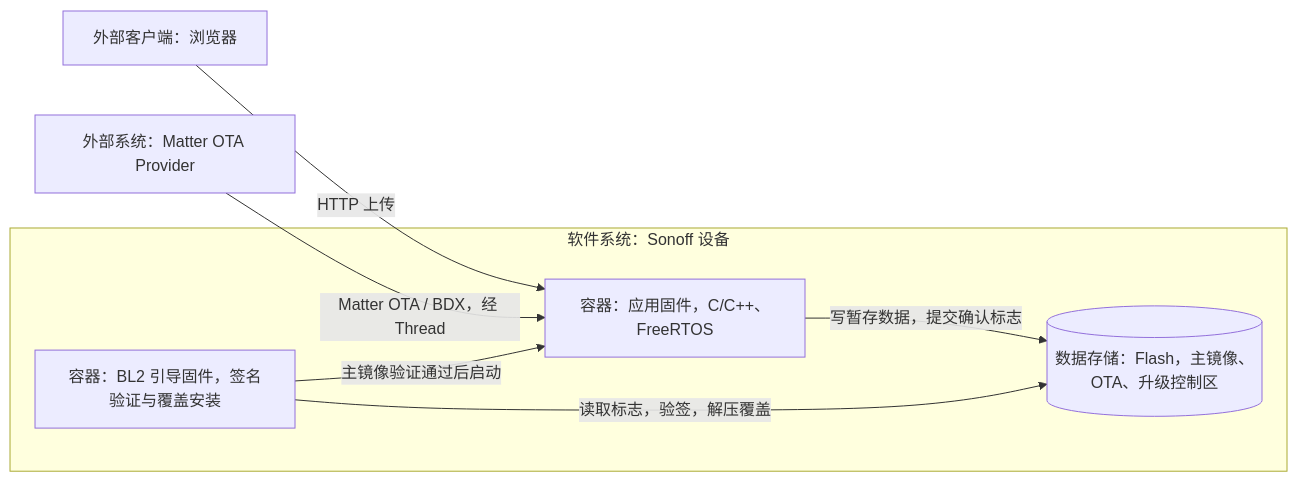
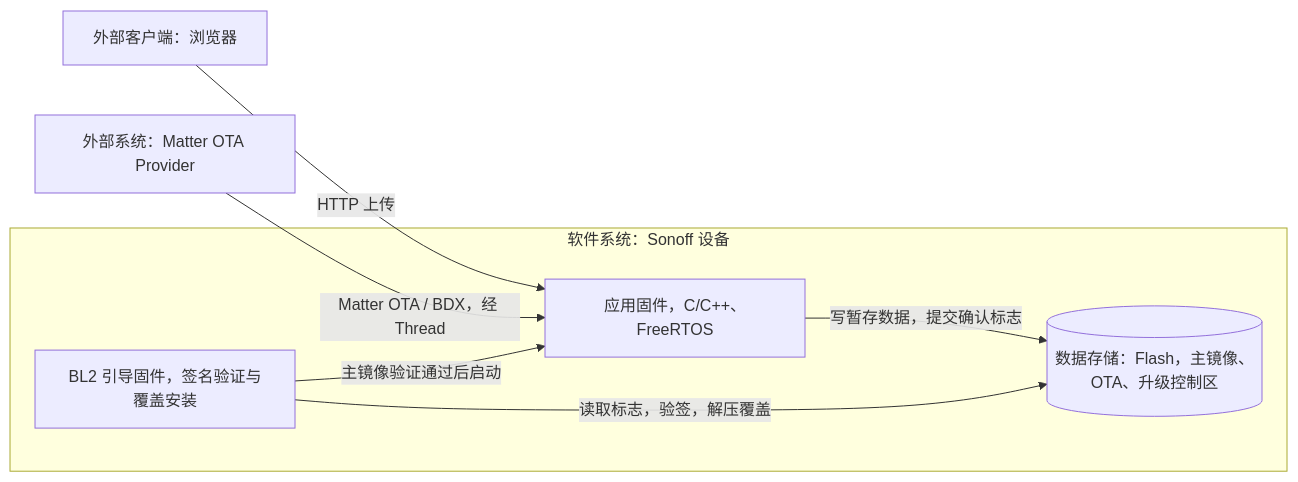
The first of 5 diagrams in docs/ota.md (dragonxiaoex/bk7239), drawn with Mermaid before and after one commit. The commit also changed other lines of this file and 16 other files, not shown here.

````diff
--- a/docs/ota.md
+++ b/docs/ota.md
@@ -17,15 +19,15 @@
 ```mermaid
 flowchart LR
     browser["外部客户端：浏览器"]
     provider["外部系统：Matter OTA Provider"]
     subgraph device ["软件系统：Sonoff 设备"]
-        firmware["容器：应用固件，C/C++、FreeRTOS"]
-        loader["容器：BL2 引导固件，签名验证与覆盖安装"]
+        firmware["应用固件，C/C++、FreeRTOS"]
+        loader["BL2 引导固件，签名验证与覆盖安装"]
         imageStore[("数据存储：Flash，主镜像、OTA、升级控制区")]
     end
     browser -->|"HTTP 上传"| firmware
     provider -->|"Matter OTA / BDX，经 Thread"| firmware
     firmware -->|"写暂存数据，提交确认标志"| imageStore
     loader -->|"读取标志，验签，解压覆盖"| imageStore
     loader -->|"主镜像验证通过后启动"| firmware
 ```
````
